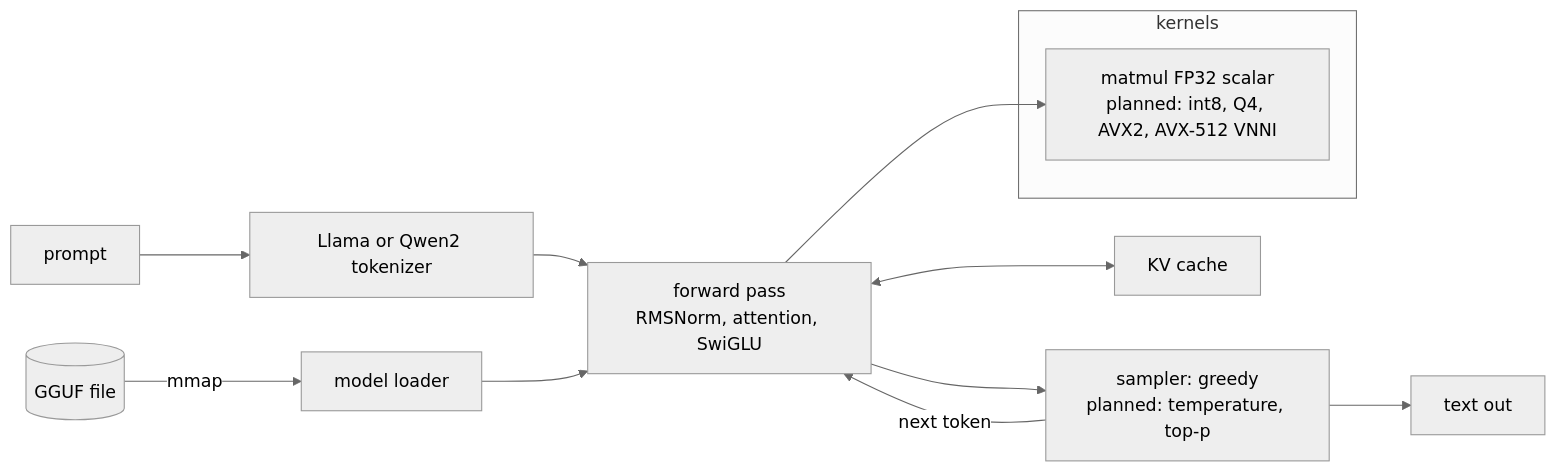
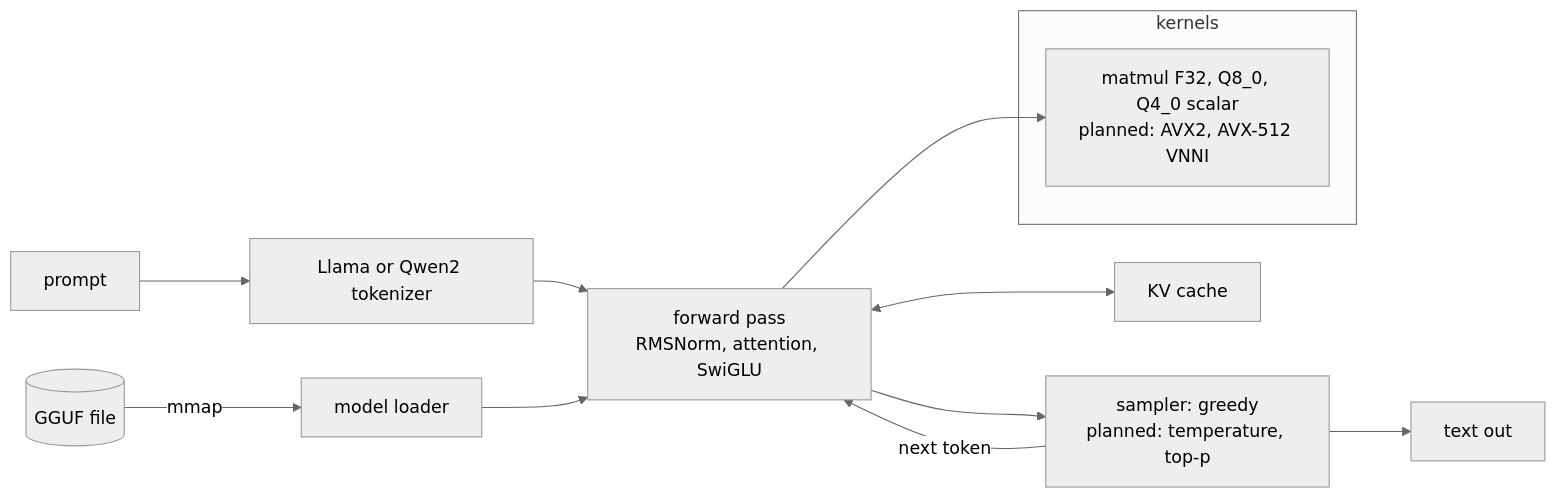
Before and after one commit to DanielMellen-University/Neuron: the diagram in README.md, drawn with Mermaid (neutral theme). The commit also changed other lines of this file and 7 other files, not shown here.

````diff
--- a/README.md
+++ b/README.md
@@ -106,15 +119,15 @@
 ```mermaid
 flowchart LR
   P[prompt] --> T[Llama or Qwen2 tokenizer]
   G[(GGUF file)] -->|mmap| L[model loader]
   T --> F
   L --> F[forward pass<br/>RMSNorm, attention, SwiGLU]
   F <--> K[KV cache]
   F --> S[sampler: greedy<br/>planned: temperature, top-p]
   S -->|next token| F
   S --> O[text out]
   subgraph kernels
-    M[matmul FP32 scalar<br/>planned: int8, Q4, AVX2, AVX-512 VNNI]
+    M[matmul F32, Q8_0, Q4_0 scalar<br/>planned: AVX2, AVX-512 VNNI]
   end
   F --> M
 ```
````
